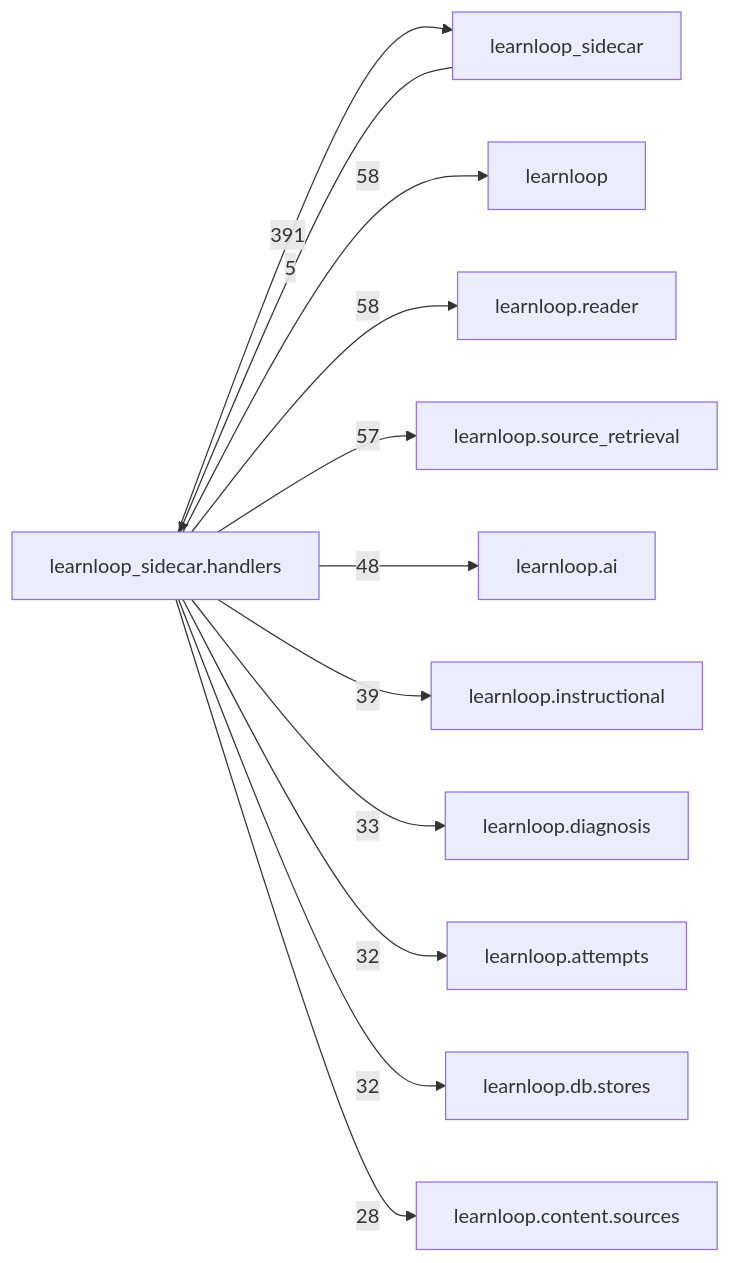
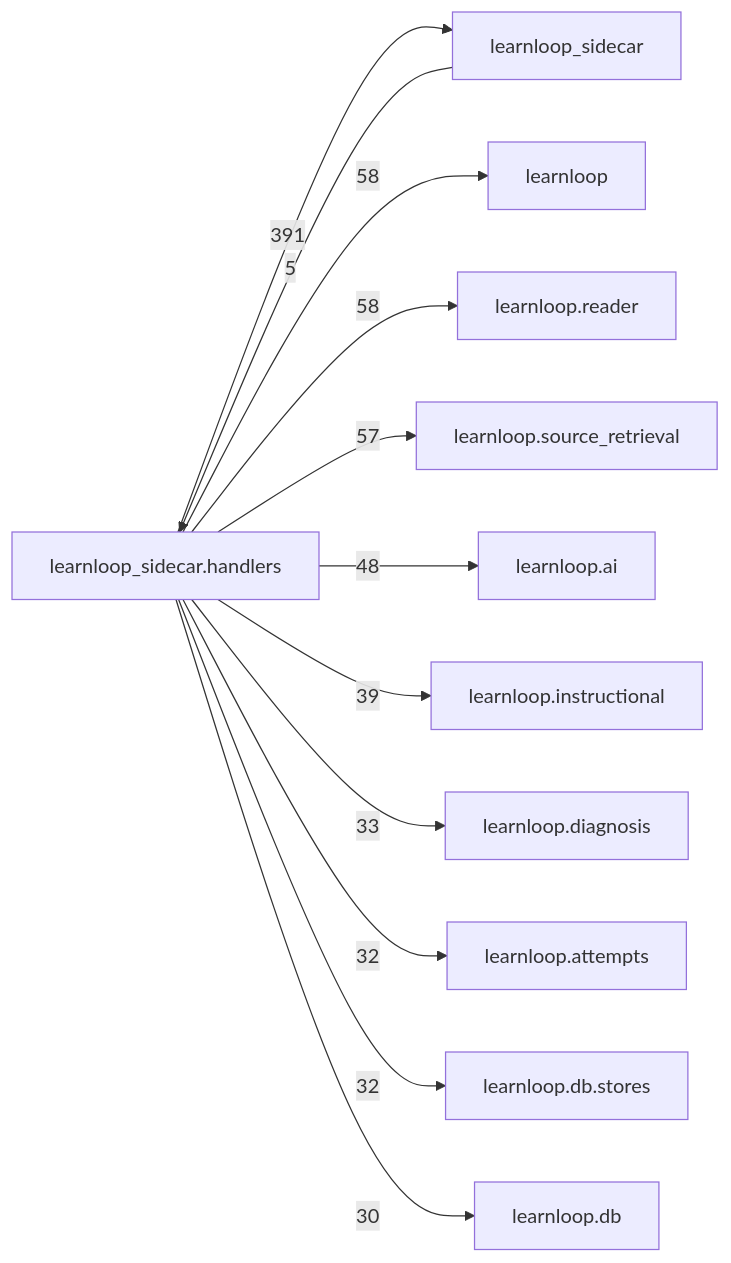
The diagram in docs/learnloop-architecture-vault/Reference/Modules/learnloop_sidecar/handlers/_package.md (6up-b/learnanything), drawn with Mermaid before and after one commit. The commit also changed other lines of this file and 59 other files, not shown here.

````diff
--- a/docs/learnloop-architecture-vault/Reference/Modules/learnloop_sidecar/handlers/_package.md
+++ b/docs/learnloop-architecture-vault/Reference/Modules/learnloop_sidecar/handlers/_package.md
@@ -287,25 +287,25 @@
 ```mermaid
 flowchart LR
     center["learnloop_sidecar.handlers"]
     n_learnloop_sidecar["learnloop_sidecar"]
     n_learnloop["learnloop"]
     n_learnloop_reader["learnloop.reader"]
     n_learnloop_source_retrieval["learnloop.source_retrieval"]
     n_learnloop_ai["learnloop.ai"]
     n_learnloop_instructional["learnloop.instructional"]
     n_learnloop_diagnosis["learnloop.diagnosis"]
     n_learnloop_attempts["learnloop.attempts"]
     n_learnloop_db_stores["learnloop.db.stores"]
-    n_learnloop_content_sources["learnloop.content.sources"]
+    n_learnloop_db["learnloop.db"]
     n_learnloop_sidecar -->|5| center
     center -->|391| n_learnloop_sidecar
     center -->|58| n_learnloop
     center -->|58| n_learnloop_reader
     center -->|57| n_learnloop_source_retrieval
     center -->|48| n_learnloop_ai
     center -->|39| n_learnloop_instructional
     center -->|33| n_learnloop_diagnosis
     center -->|32| n_learnloop_attempts
     center -->|32| n_learnloop_db_stores
-    center -->|28| n_learnloop_content_sources
+    center -->|30| n_learnloop_db
 ```
````
